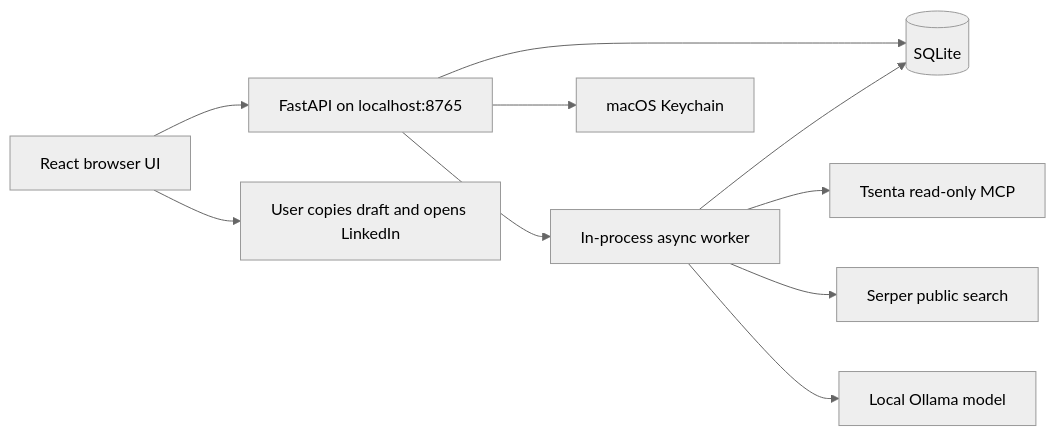
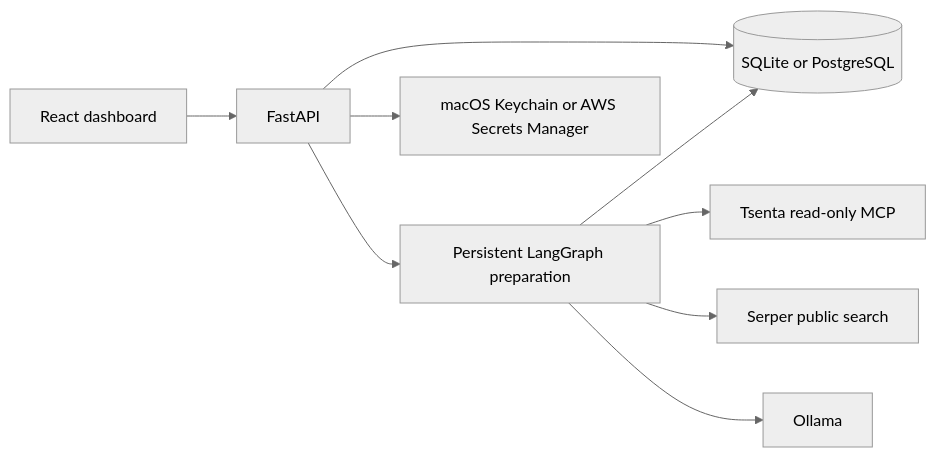
One commit to shaunakmahajan12/auto-outreach-system changed the diagram in docs/architecture.md. Above: the diagram before and after it, drawn with Mermaid (neutral theme). The commit also changed other lines of this file and 42 other files, not shown here.

````diff
--- a/docs/architecture.md
+++ b/docs/architecture.md
@@ -11,12 +10,11 @@
 ```mermaid
 flowchart LR
-    UI[React browser UI] --> API[FastAPI on localhost:8765]
-    API --> DB[(SQLite)]
-    API --> WORKER[In-process async worker]
-    WORKER --> TSENTA[Tsenta read-only MCP]
-    WORKER --> SEARCH[Serper public search]
-    WORKER --> MODEL[Local Ollama model]
-    WORKER --> DB
-    API --> VAULT[macOS Keychain]
-    UI --> MANUAL[User copies draft and opens LinkedIn]
+    UI[React dashboard] --> API[FastAPI]
+    API --> DB[(SQLite or PostgreSQL)]
+    API --> Worker[Persistent LangGraph preparation]
+    Worker --> Tsenta[Tsenta read-only MCP]
+    Worker --> Search[Serper public search]
+    Worker --> Model[Ollama]
+    Worker --> DB
+    API --> Secrets[macOS Keychain or AWS Secrets Manager]
 ```
````
